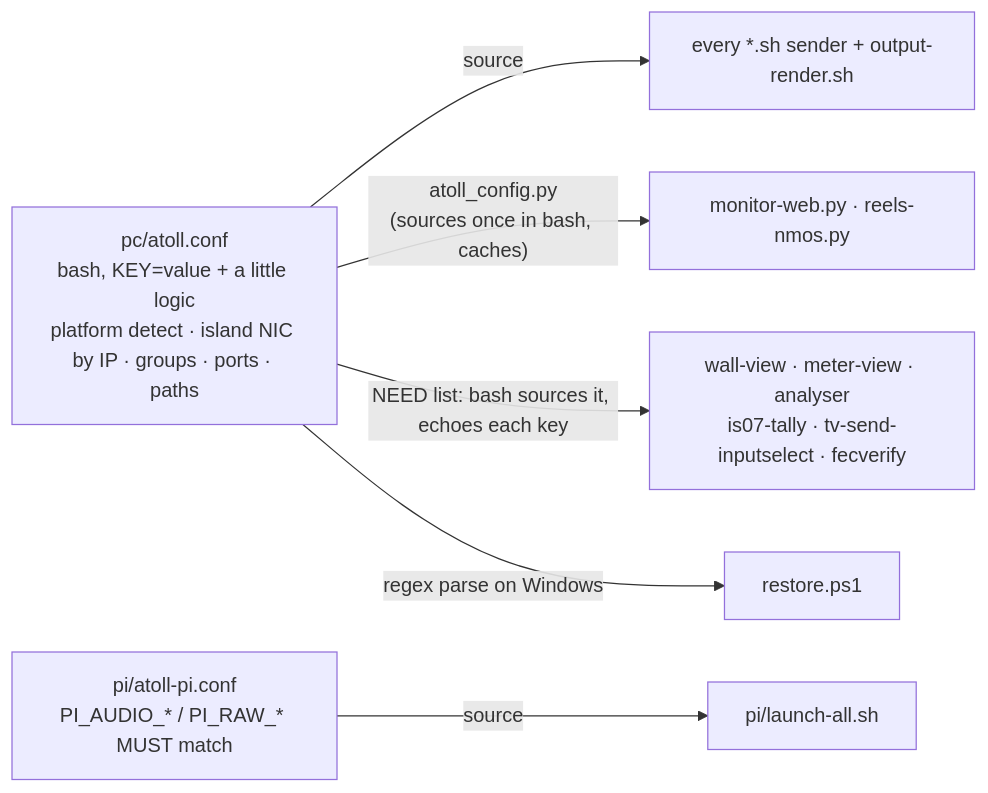
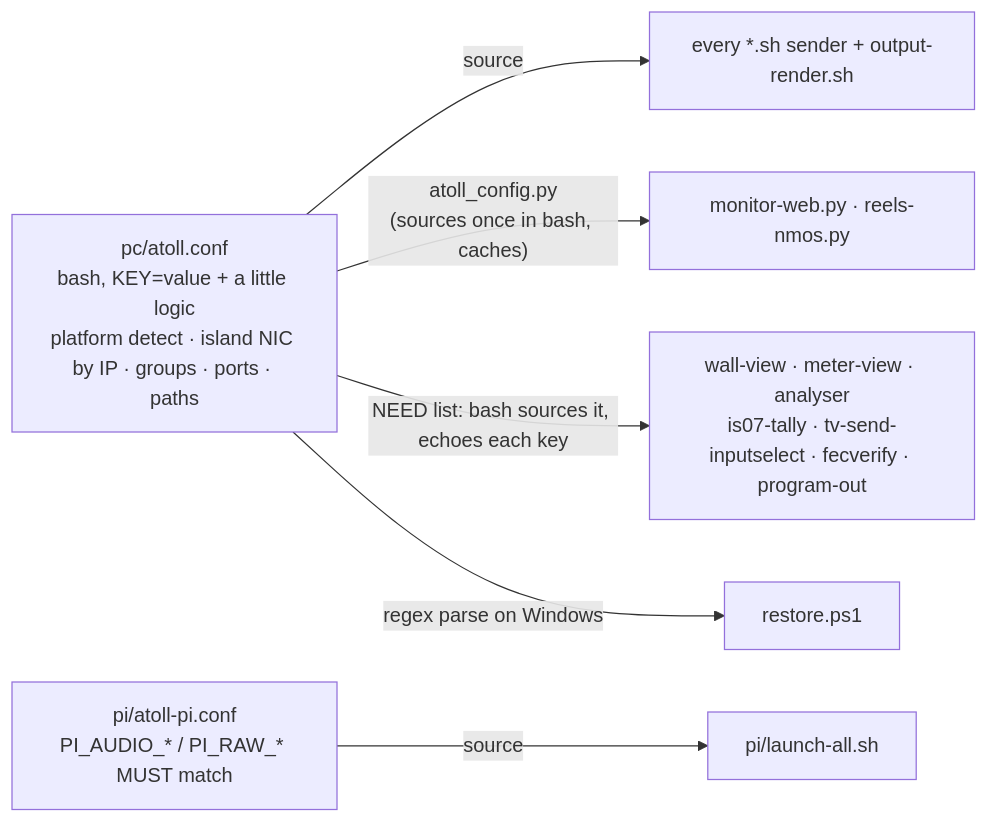
The third of 12 diagrams in docs/ARCHITECTURE.md (dgp1000/pi-nmos-st2110), drawn with Mermaid before and after one commit. The commit also changed other lines of this file and 1 other file, not shown here.

First line of the commit message:
docs: add Program Out (routable IS-05 receiver) to ARCHITECTURE + STARTUP

````diff
--- a/docs/ARCHITECTURE.md
+++ b/docs/ARCHITECTURE.md
@@ -218,11 +223,11 @@
 ```mermaid
 flowchart LR
   conf["pc/atoll.conf<br/>bash, KEY=value + a little logic<br/>platform detect · island NIC by IP · groups · ports · paths"]
   piconf["pi/atoll-pi.conf<br/>PI_AUDIO_* / PI_RAW_* MUST match"]
 
   conf -- "source" --> bash["every *.sh sender + output-render.sh"]
   conf -- "atoll_config.py<br/>(sources once in bash, caches)" --> py1["monitor-web.py · reels-nmos.py"]
-  conf -- "NEED list: bash sources it, echoes each key" --> py2["wall-view · meter-view · analyser<br/>is07-tally · tv-send-inputselect · fecverify"]
+  conf -- "NEED list: bash sources it, echoes each key" --> py2["wall-view · meter-view · analyser<br/>is07-tally · tv-send-inputselect · fecverify · program-out"]
   conf -- "regex parse on Windows" --> ps["restore.ps1"]
   piconf -- source --> pi["pi/launch-all.sh"]
 ```
````
